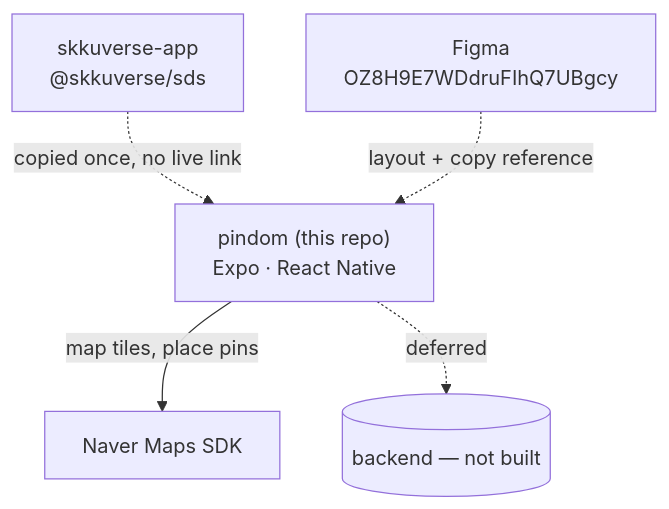
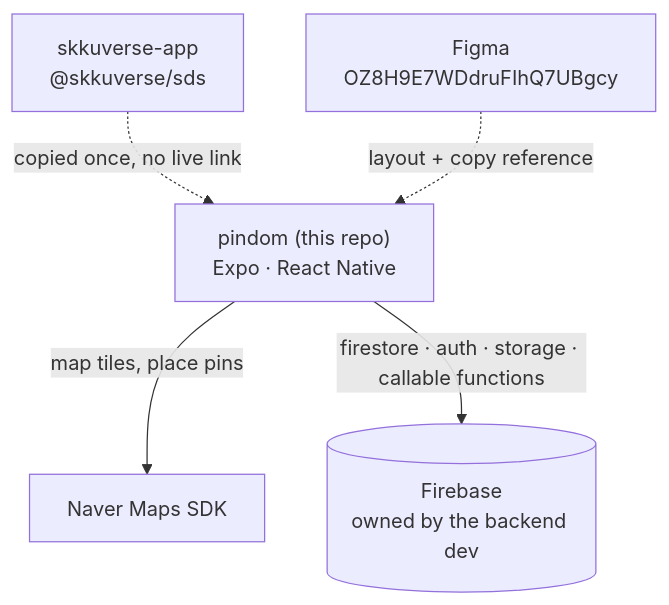
The third of 3 diagrams in docs/explanation/architecture.md (spencer0124/pindom), drawn with Mermaid before and after one commit. The commit also changed other lines of this file and 8 other files, not shown here.

First line of the commit message:
docs: record the Firebase split and how the app connects to it

````diff
--- a/docs/explanation/architecture.md
+++ b/docs/explanation/architecture.md
@@ -141,13 +150,13 @@
 ```mermaid
 flowchart TB
   APP["pindom (this repo)<br/>Expo · React Native"]
   FIG["Figma<br/>OZ8H9E7WDdruFIhQ7UBgcy"]
   NAVER["Naver Maps SDK"]
   SDS["skkuverse-app<br/>@skkuverse/sds"]
-  BE[("backend — not built")]
+  BE[("Firebase<br/>owned by the backend dev")]
 
   SDS -.->|"copied once, no live link"| APP
   FIG -.->|"layout + copy reference"| APP
   APP -->|"map tiles, place pins"| NAVER
-  APP -.->|"deferred"| BE
+  APP -->|"firestore · auth · storage · callable functions"| BE
 ```
````
